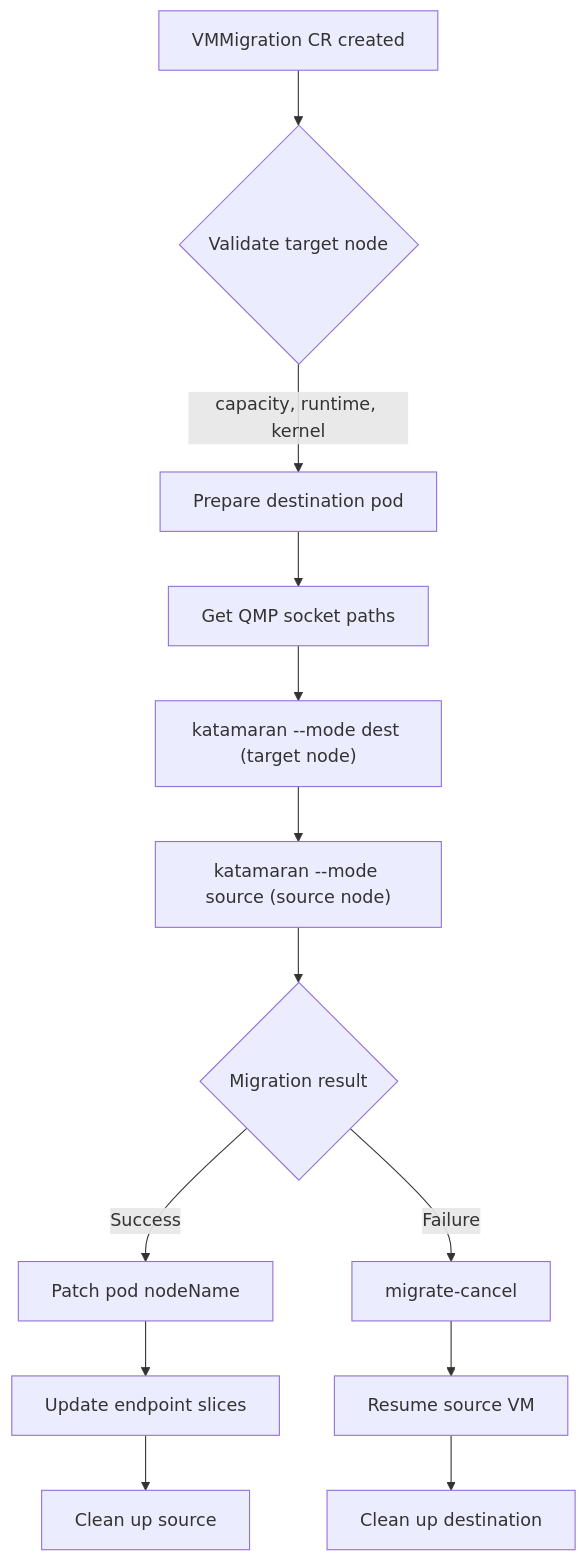
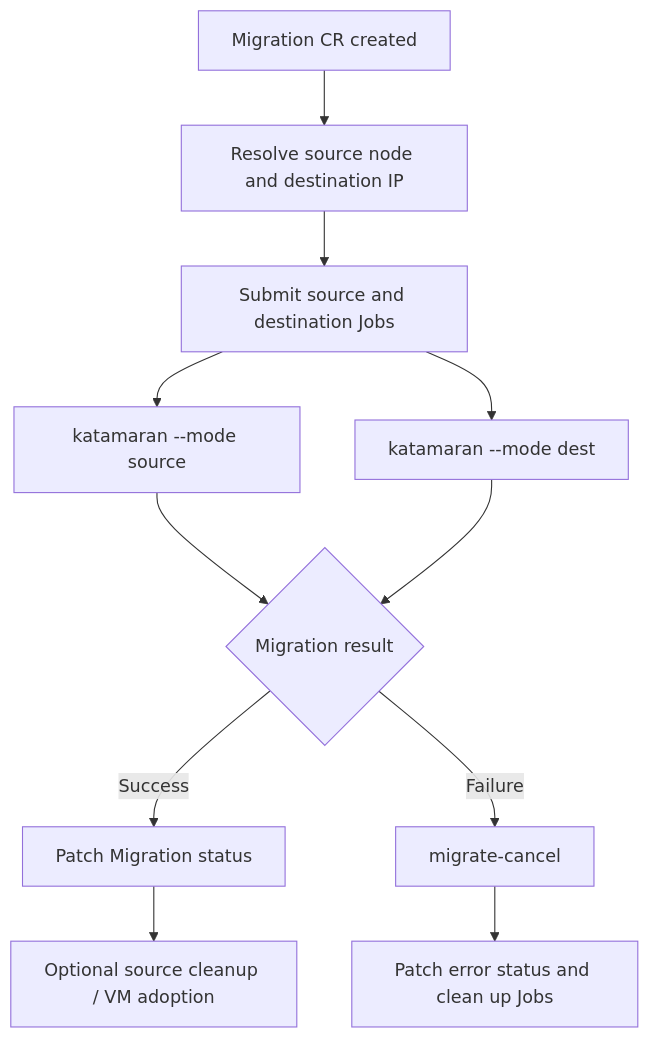
The fifth of 5 diagrams in README.md (maci0/katamaran), drawn with Mermaid before and after one commit. The commit also changed other lines of this file and 73 other files, not shown here.

````diff
--- a/README.md
+++ b/README.md
@@ -582,15 +618,13 @@
 ```mermaid
 flowchart TD
-    A[VMMigration CR created] --> B{Validate target node}
-    B -->|capacity, runtime, kernel| C[Prepare destination pod]
-    C --> D[Get QMP socket paths]
-    D --> E["katamaran --mode dest (target node)"]
-    E --> F["katamaran --mode source (source node)"]
-    F --> G{Migration result}
-    G -->|Success| H[Patch pod nodeName]
-    H --> I[Update endpoint slices]
-    I --> J[Clean up source]
-    G -->|Failure| K[migrate-cancel]
-    K --> L[Resume source VM]
-    L --> M[Clean up destination]
+    A[Migration CR created] --> B[Resolve source node and destination IP]
+    B --> C[Submit source and destination Jobs]
+    C --> D["katamaran --mode source"]
+    C --> E["katamaran --mode dest"]
+    D --> F{Migration result}
+    E --> F
+    F -->|Success| G[Patch Migration status]
+    G --> H[Optional source cleanup / VM adoption]
+    F -->|Failure| I[migrate-cancel]
+    I --> J[Patch error status and clean up Jobs]
 ```
````
